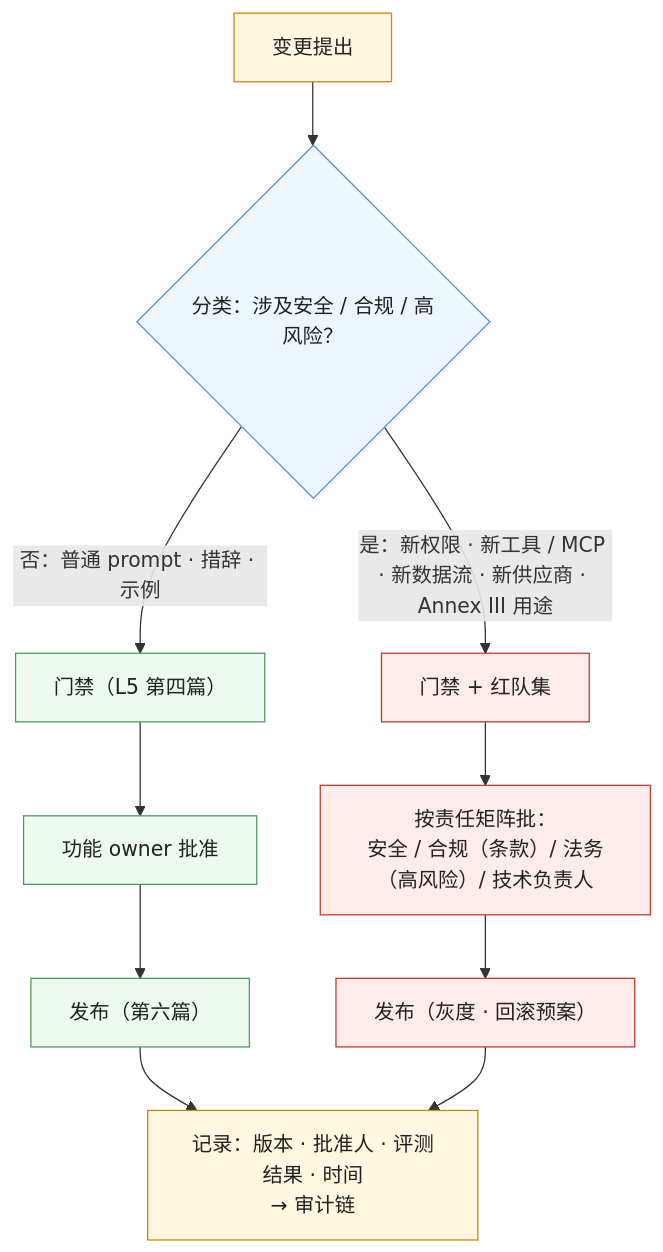
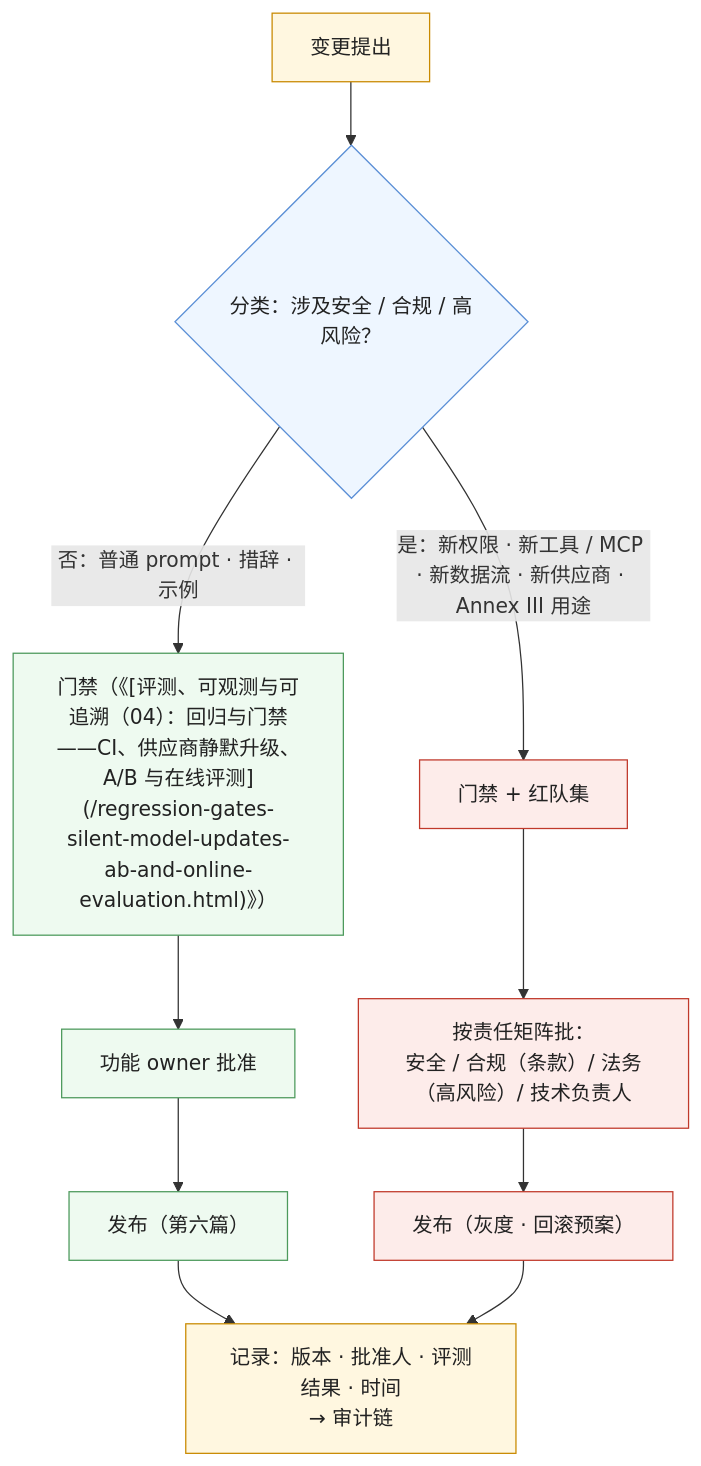
The fifth of 5 diagrams in _posts/2026-11-12-governance-and-compliance-audit-retention-ai-act-and-labeling.md (arganzheng/arganzheng.github.com), drawn with Mermaid before and after one commit. The commit also changed other lines of this file and 128 other files, not shown here.

Commit message:
（01）预训练端到端：MPS 定义、Common Crawl 配比列表、六章改名「定长的训练样本」补切碎文档的说明与打包示意图、自测竖线转义（#245）；全站 L 层简写引用换成《系列名》链接（#244）

````diff
--- a/_posts/2026-11-12-governance-and-compliance-audit-retention-ai-act-and-labeling.md
+++ b/_posts/2026-11-12-governance-and-compliance-audit-retention-ai-act-and-labeling.md
@@ -232,16 +232,16 @@
 ```mermaid
 %% 图：变更的轻 / 重两条流程——所有变更先过分类：普通 prompt 改动走轻流程（门禁通过 → 功能 owner 批 → 发布 → 记录）；涉及新权限、新数据流、新供应商、高风险用途的走重流程（门禁 + 安全 / 合规 / 法务按责任矩阵批 → 发布 → 记录）；两条都以「版本 · 批准人 · 评测结果」的记录收尾，审计问「谁批的」有答案
 flowchart TB
     P["变更提出"] --> C{"分类：涉及安全 / 合规 / 高风险？"}
-    C -->|"否：普通 prompt · 措辞 · 示例"| L1["门禁（L5 第四篇）"] --> L2["功能 owner 批准"] --> L3["发布（第六篇）"]
+    C -->|"否：普通 prompt · 措辞 · 示例"| L1["门禁（《[评测、可观测与可追溯（04）：回归与门禁——CI、供应商静默升级、A/B 与在线评测](/regression-gates-silent-model-updates-ab-and-online-evaluation.html)》）"] --> L2["功能 owner 批准"] --> L3["发布（第六篇）"]
     C -->|"是：新权限 · 新工具 / MCP · 新数据流 · 新供应商 · Annex III 用途"| H1["门禁 + 红队集"] --> H2["按责任矩阵批：<br/>安全 / 合规（条款）/ 法务（高风险）/ 技术负责人"] --> H3["发布（灰度 · 回滚预案）"]
     L3 & H3 --> REC["记录：版本 · 批准人 · 评测结果 · 时间<br/>→ 审计链"]
     classDef n fill:#fff7e0,stroke:#c98a00,color:#222
     classDef dec fill:#eef6ff,stroke:#5b8fd6,color:#222
     classDef light fill:#eefaf0,stroke:#4d9a5c,color:#222
     classDef heavy fill:#fdecea,stroke:#c0392b,color:#222
     class P,REC n
     class C dec
     class L1,L2,L3 light
     class H1,H2,H3 heavy
 ```
````
